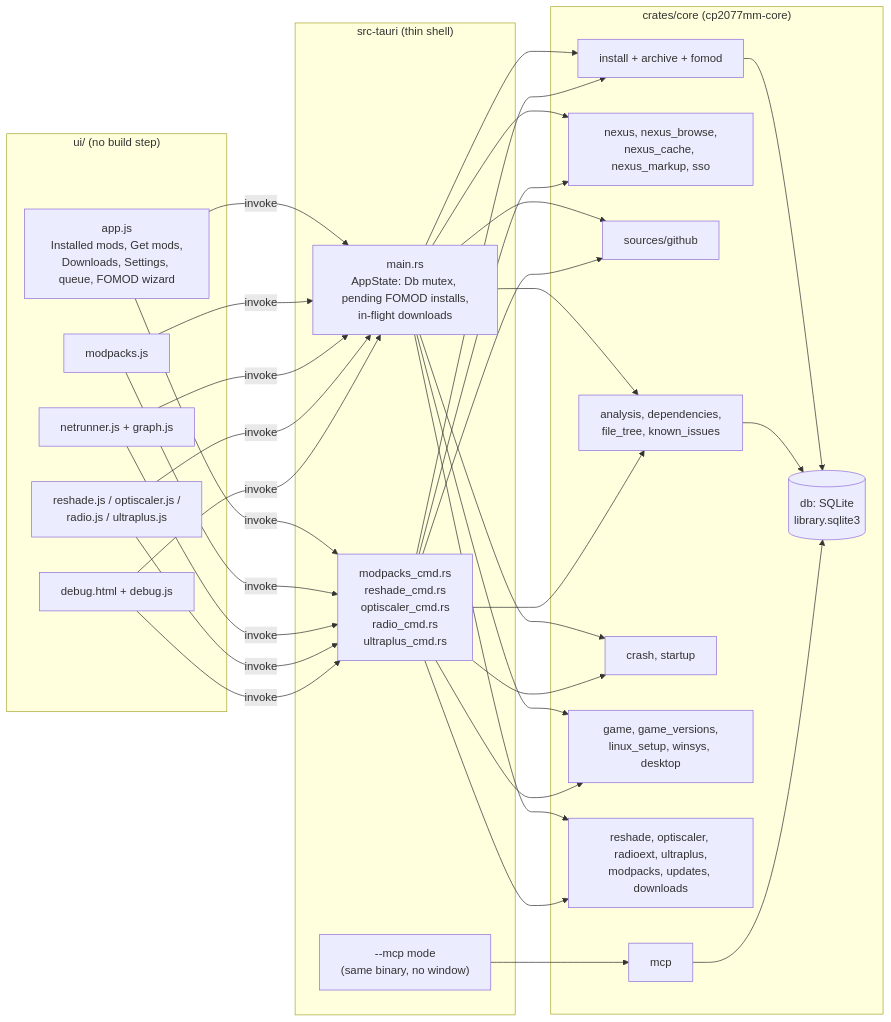
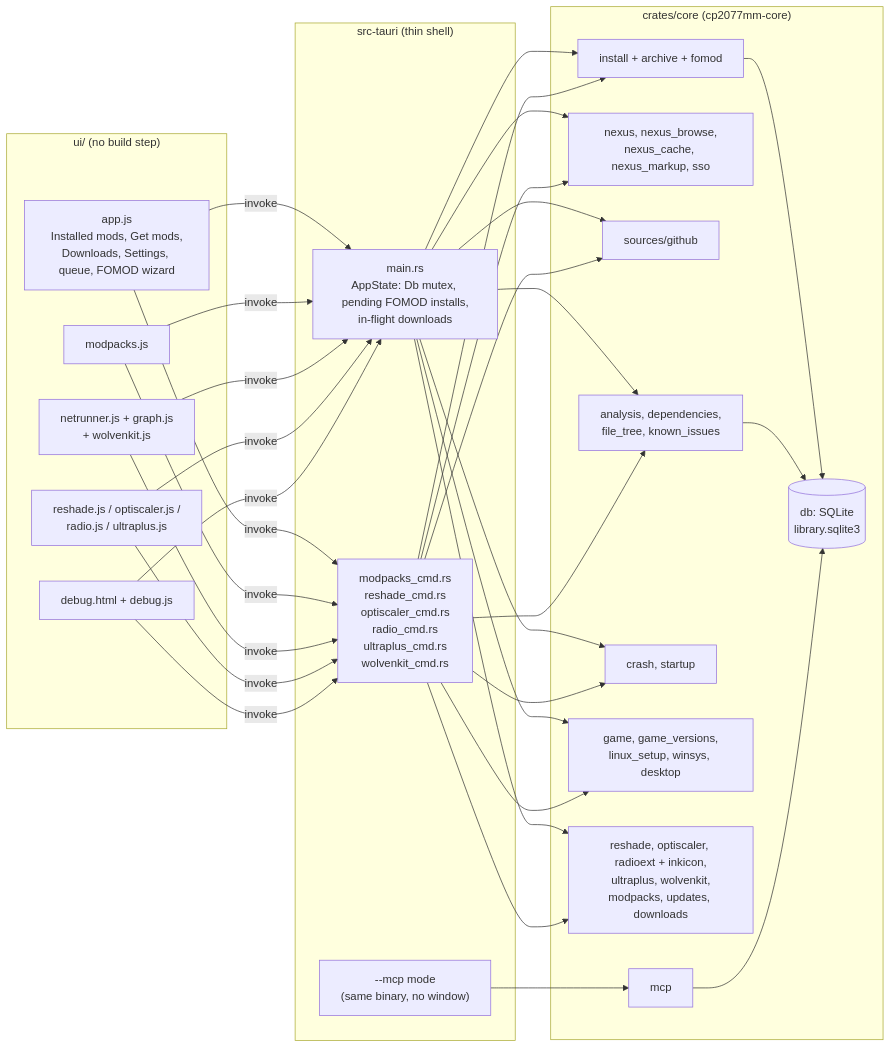
The first of 2 diagrams in docs/architecture/App structure.md (Higher-dimentionalSemanticsFanatic/LinuxCPMX2077), drawn with Mermaid before and after one commit. The commit also changed other lines of this file and 25 other files, not shown here.

First line of the commit message:
WolvenKit in Netrunner; RadioEXT station icons from PNG

````diff
--- a/docs/architecture/App structure.md
+++ b/docs/architecture/App structure.md
@@ -12,31 +12,31 @@
 ```mermaid
 flowchart LR
   subgraph UI["ui/ (no build step)"]
     app[app.js<br/>Installed mods, Get mods,<br/>Downloads, Settings, queue, FOMOD wizard]
     mp[modpacks.js]
-    nr[netrunner.js + graph.js]
+    nr[netrunner.js + graph.js<br/>+ wolvenkit.js]
     rs[reshade.js / optiscaler.js /<br/>radio.js / ultraplus.js]
     dbg[debug.html + debug.js]
   end
   subgraph Shell["src-tauri (thin shell)"]
     main[main.rs<br/>AppState: Db mutex, pending FOMOD installs,<br/>in-flight downloads]
-    cmds[modpacks_cmd.rs<br/>reshade_cmd.rs<br/>optiscaler_cmd.rs<br/>radio_cmd.rs<br/>ultraplus_cmd.rs]
+    cmds[modpacks_cmd.rs<br/>reshade_cmd.rs<br/>optiscaler_cmd.rs<br/>radio_cmd.rs<br/>ultraplus_cmd.rs<br/>wolvenkit_cmd.rs]
     mcpbin["--mcp mode<br/>(same binary, no window)"]
   end
   subgraph Core["crates/core (cp2077mm-core)"]
     install[install + archive + fomod]
     db[(db: SQLite<br/>library.sqlite3)]
     nexus[nexus, nexus_browse,<br/>nexus_cache, nexus_markup, sso]
     sources[sources/github]
     analysis[analysis, dependencies,<br/>file_tree, known_issues]
     diag[crash, startup]
     setup[game, game_versions,<br/>linux_setup, winsys, desktop]
-    extra[reshade, optiscaler, radioext, ultraplus,<br/>modpacks, updates, downloads]
+    extra[reshade, optiscaler, radioext + inkicon,<br/>ultraplus, wolvenkit,<br/>modpacks, updates, downloads]
     mcp[mcp]
   end
   app & mp & nr & rs & dbg -- invoke --> main & cmds
   main & cmds --> install & nexus & sources & analysis & diag & setup & extra
   install --> db
   analysis --> db
   mcpbin --> mcp --> db
 ```
````
